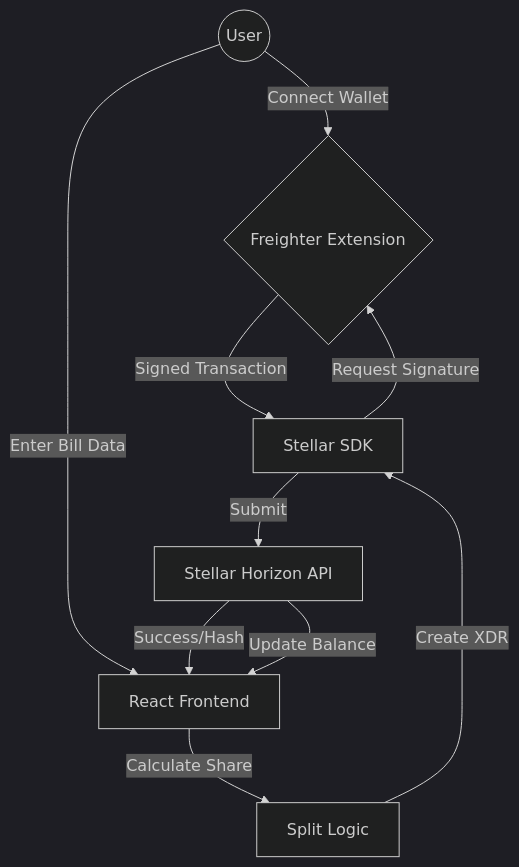
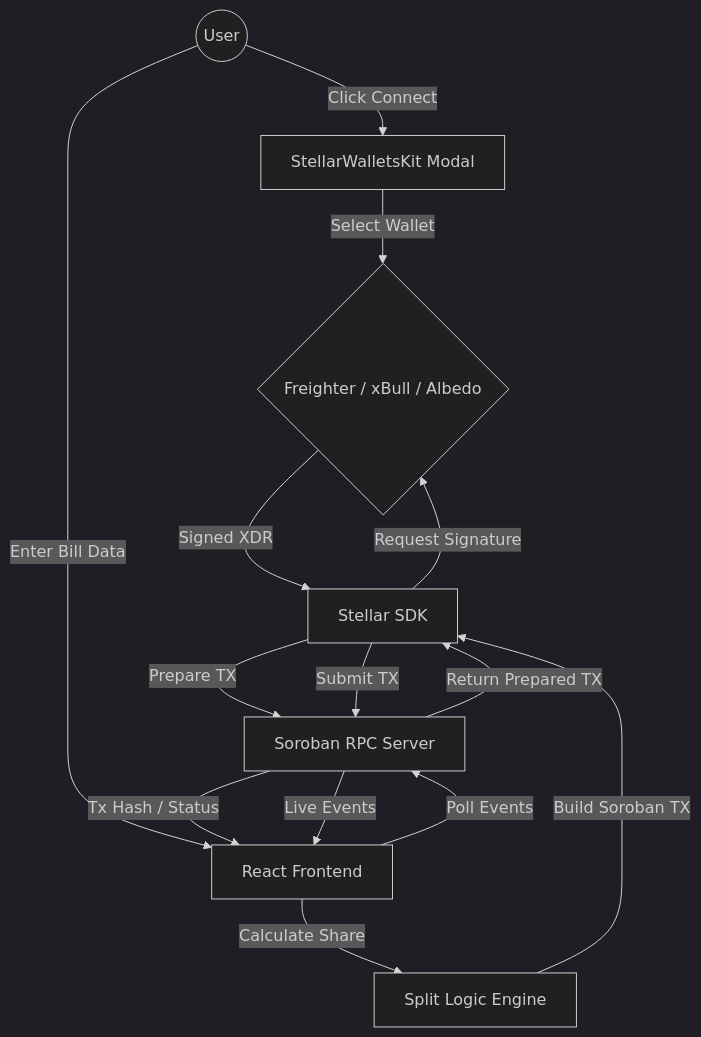
The diagram in README.md (muftiarmaan6/split-pay), drawn with Mermaid (dark theme) before and after one commit. The commit also changed other lines of this file, not shown here.

Commit message:
docs: comprehensive README rewrite with separated White Belt and Yellow Belt sections, real screenshots, contract address, and verified transaction hash

````diff
--- a/README.md
+++ b/README.md
@@ -81,12 +171,16 @@
 ```mermaid
 graph TD
-    User((User)) -->|Connect Wallet| Freighter{Freighter Extension}
+    User((User)) -->|Click Connect| SWK[StellarWalletsKit Modal]
+    SWK -->|Select Wallet| Wallet{Freighter / xBull / Albedo}
     User -->|Enter Bill Data| App[React Frontend]
-    App -->|Calculate Share| Logic[Split Logic]
-    Logic -->|Create XDR| SDK[Stellar SDK]
-    SDK -->|Request Signature| Freighter
-    Freighter -->|Signed Transaction| SDK
-    SDK -->|Submit| Horizon[Stellar Horizon API]
-    Horizon -->|Success/Hash| App
-    Horizon -->|Update Balance| App
+    App -->|Calculate Share| Logic[Split Logic Engine]
+    Logic -->|Build Soroban TX| SDK[Stellar SDK]
+    SDK -->|Prepare TX| Soroban[Soroban RPC Server]
+    Soroban -->|Return Prepared TX| SDK
+    SDK -->|Request Signature| Wallet
+    Wallet -->|Signed XDR| SDK
+    SDK -->|Submit TX| Soroban
+    Soroban -->|Tx Hash / Status| App
+    App -->|Poll Events| Soroban
+    Soroban -->|Live Events| App
 ```
````
